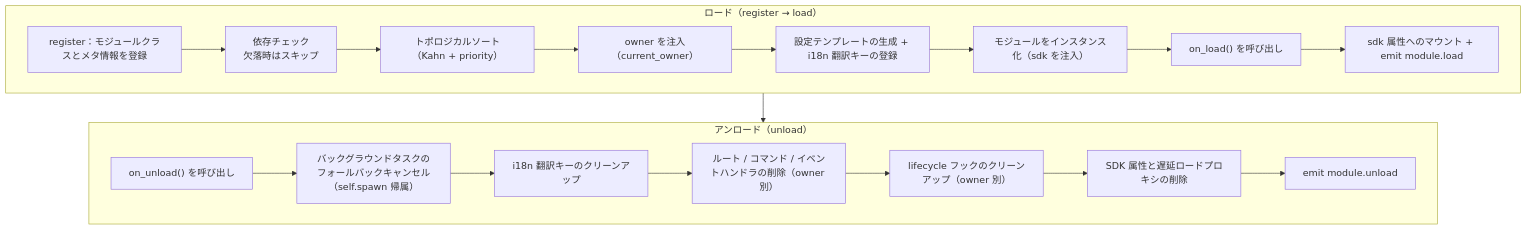
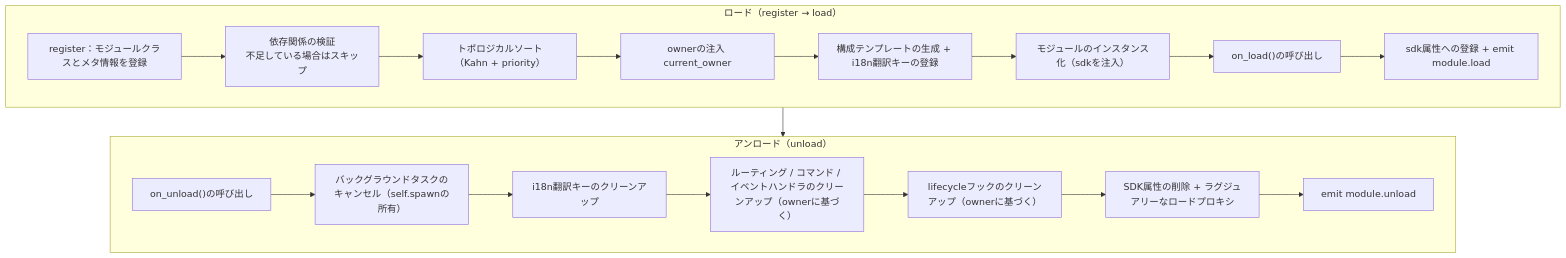
One commit to ErisPulse/ErisPulse changed the diagram in docs/ja/developer-guide/modules/core-concepts.md. Above: the diagram before and after it, drawn with Mermaid. The commit also changed other lines of this file and 113 other files, not shown here.

````diff
--- a/docs/ja/developer-guide/modules/core-concepts.md
+++ b/docs/ja/developer-guide/modules/core-concepts.md
@@ -112,23 +111,23 @@
 ```mermaid
 flowchart TD
     subgraph Load["ロード（register → load）"]
-        L1["register：モジュールクラスとメタ情報を登録"] --> L2["依存チェック<br/>欠落時はスキップ"]
+        L1["register：モジュールクラスとメタ情報を登録"] --> L2["依存関係の検証<br/>不足している場合はスキップ"]
         L2 --> L3["トポロジカルソート（Kahn + priority）"]
-        L3 --> L4["owner を注入（current_owner）"]
-        L4 --> L5["設定テンプレートの生成 + i18n 翻訳キーの登録"]
-        L5 --> L6["モジュールをインスタンス化（sdk を注入）"]
-        L6 --> L7["on_load() を呼び出し"]
-        L7 --> L8["sdk 属性へのマウント + emit module.load"]
+        L3 --> L4["ownerの注入 current_owner"]
+        L4 --> L5["構成テンプレートの生成 + i18n翻訳キーの登録"]
+        L5 --> L6["モジュールのインスタンス化（sdkを注入）"]
+        L6 --> L7["on_load()の呼び出し"]
+        L7 --> L8["sdk属性への登録 + emit module.load"]
     end
 
     subgraph Unload["アンロード（unload）"]
-        U1["on_unload() を呼び出し"] --> U2["バックグラウンドタスクのフォールバックキャンセル（self.spawn 帰属）"]
-        U2 --> U3["i18n 翻訳キーのクリーンアップ"]
-        U3 --> U4["ルート / コマンド / イベントハンドラの削除（owner 別）"]
-        U4 --> U5["lifecycle フックのクリーンアップ（owner 別）"]
-        U5 --> U6["SDK 属性と遅延ロードプロキシの削除"]
+        U1["on_unload()の呼び出し"] --> U2["バックグラウンドタスクのキャンセル（self.spawnの所有）"]
+        U2 --> U3["i18n翻訳キーのクリーンアップ"]
+        U3 --> U4["ルーティング / コマンド / イベントハンドラのクリーンアップ（ownerに基づく）"]
+        U4 --> U5["lifecycleフックのクリーンアップ（ownerに基づく）"]
+        U5 --> U6["SDK属性の削除 + ラグジュアリーなロードプロキシ"]
         U6 --> U7["emit module.unload"]
     end
 
     Load --> Unload
 ```
````
